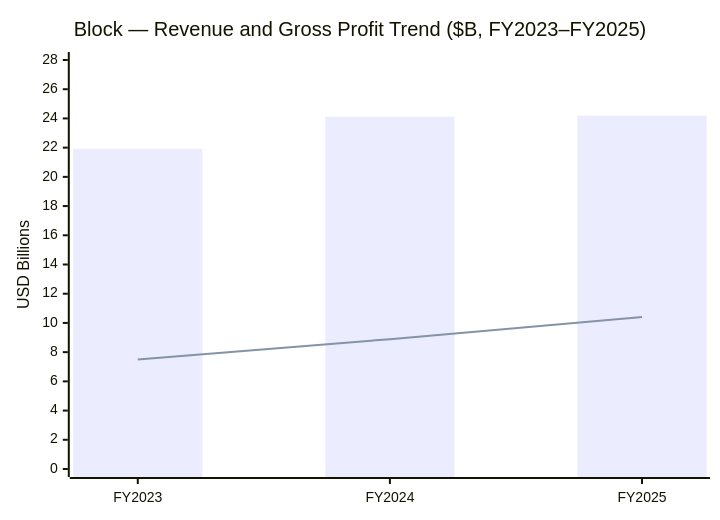
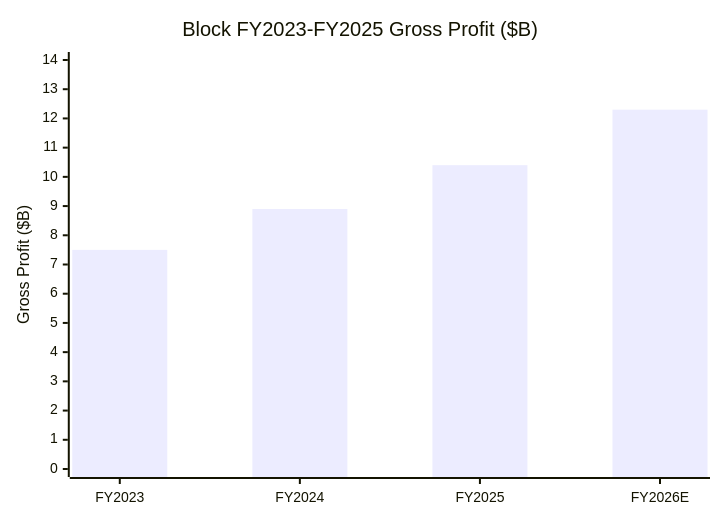
One commit to dadachundan/financial_agent changed the diagram in reports/company/Block_NYSE_XYZ/Block_NYSE_XYZ_Research_Document.md. Above: the diagram before and after it, drawn with Mermaid. The commit also changed other lines of this file and 10 other files, not shown here.

First line of the commit message:
feat(company-research): refresh Block (NYSE:XYZ) to current spec — decision layer + 9 SVG charts, freshen to 2026-06-18

````diff
--- a/reports/company/Block_NYSE_XYZ/Block_NYSE_XYZ_Research_Document.md
+++ b/reports/company/Block_NYSE_XYZ/Block_NYSE_XYZ_Research_Document.md
@@ -36,8 +323,7 @@
 ```mermaid
 xychart-beta
-    title "Block — Revenue and Gross Profit Trend ($B, FY2023–FY2025)"
-    x-axis [FY2023, FY2024, FY2025]
-    y-axis "USD Billions" 0 --> 28
-    bar [21.92, 24.12, 24.19]
-    line [7.50, 8.89, 10.40]
+    title "Block FY2023-FY2025 Gross Profit ($B)"
+    x-axis ["FY2023", "FY2024", "FY2025", "FY2026E"]
+    y-axis "Gross Profit ($B)" 0 --> 14
+    bar [7.5, 8.9, 10.4, 12.3]
 ```
````
